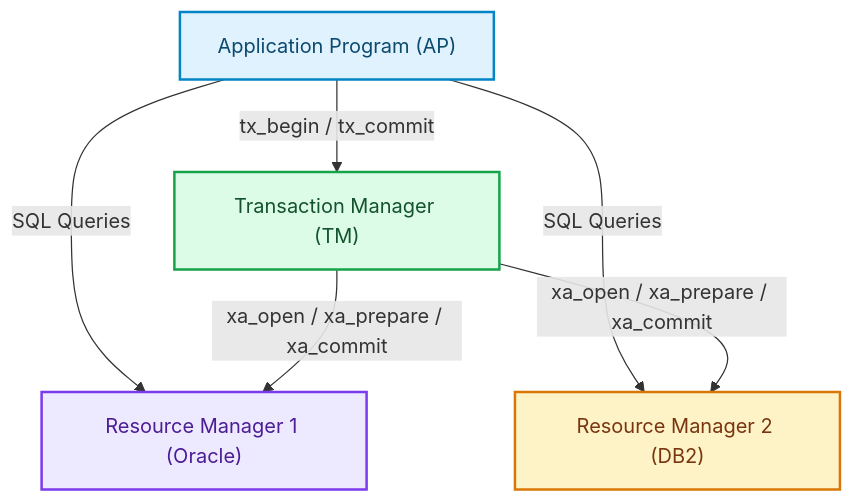
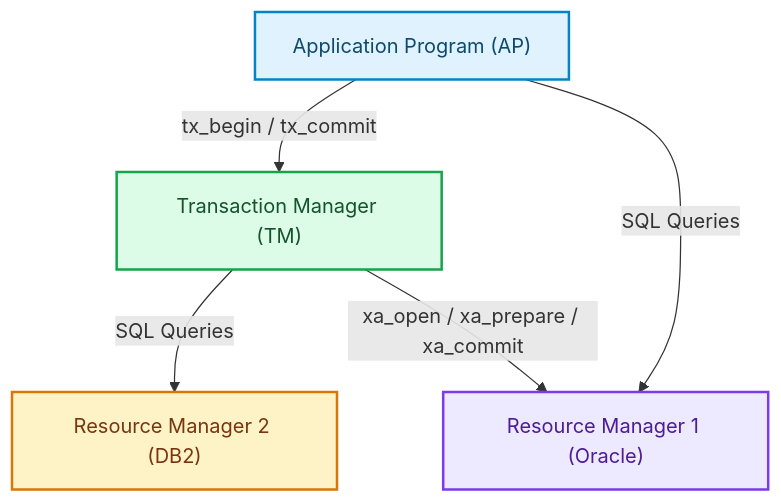
Before and after one commit to akmalkhaniub/akmalkhaniub.github.io: the fourth of 5 diagrams in blog/posts/distributed-transactions-evolution-past-2pc-3pc-xa-distributed-2pl.md, drawn with Mermaid. The commit also changed other lines of this file and 894 other files, not shown here.

Commit message:
feat(blog): upgrade all 444 posts with unique staggered dates, 2-col Mermaid spines, benchmark tables, code blocks, and trade-offs

````diff
--- a/blog/posts/distributed-transactions-evolution-past-2pc-3pc-xa-distributed-2pl.md
+++ b/blog/posts/distributed-transactions-evolution-past-2pc-3pc-xa-distributed-2pl.md
@@ -135,18 +140,17 @@
 ```mermaid
 flowchart TD
   AP["Application Program (AP)"] -->|tx_begin / tx_commit| TM["Transaction Manager (TM)"]
   AP -->|SQL Queries| RM1["Resource Manager 1 (Oracle)"]
-  AP -->|SQL Queries| RM2["Resource Manager 2 (DB2)"]
+  TM --> |SQL Queries| RM2["Resource Manager 2 (DB2)"]
   TM -->|xa_open / xa_prepare / xa_commit| RM1
-  TM -->|xa_open / xa_prepare / xa_commit| RM2
 
 classDef green fill:#dcfce7,stroke:#16a34a,stroke-width:2px,color:#14532d;
 classDef red fill:#fee2e2,stroke:#dc2626,stroke-width:2px,color:#7f1d1d;
 classDef blue fill:#e0f2fe,stroke:#0284c7,stroke-width:2px,color:#0c4a6e;
 classDef yellow fill:#fef3c7,stroke:#d97706,stroke-width:2px,color:#78350f;
 classDef purple fill:#ede9fe,stroke:#7c3aed,stroke-width:2px,color:#4c1d95;
 class AP blue
 class TM green
 class RM1 purple
 class RM2 yellow
 ```
````
